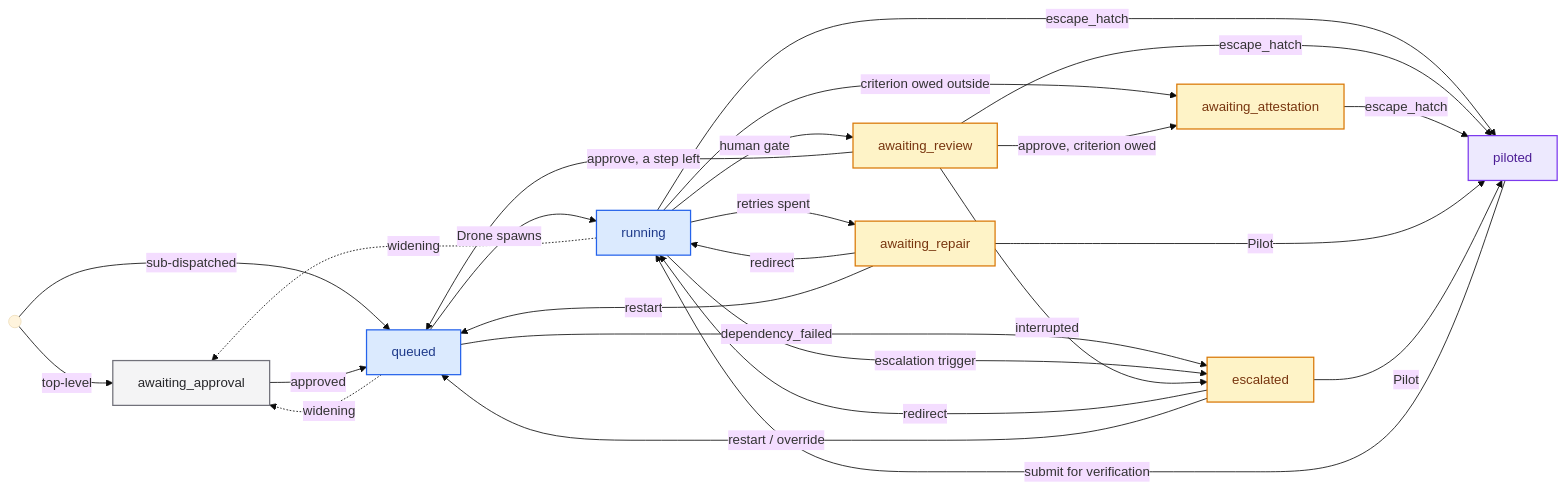
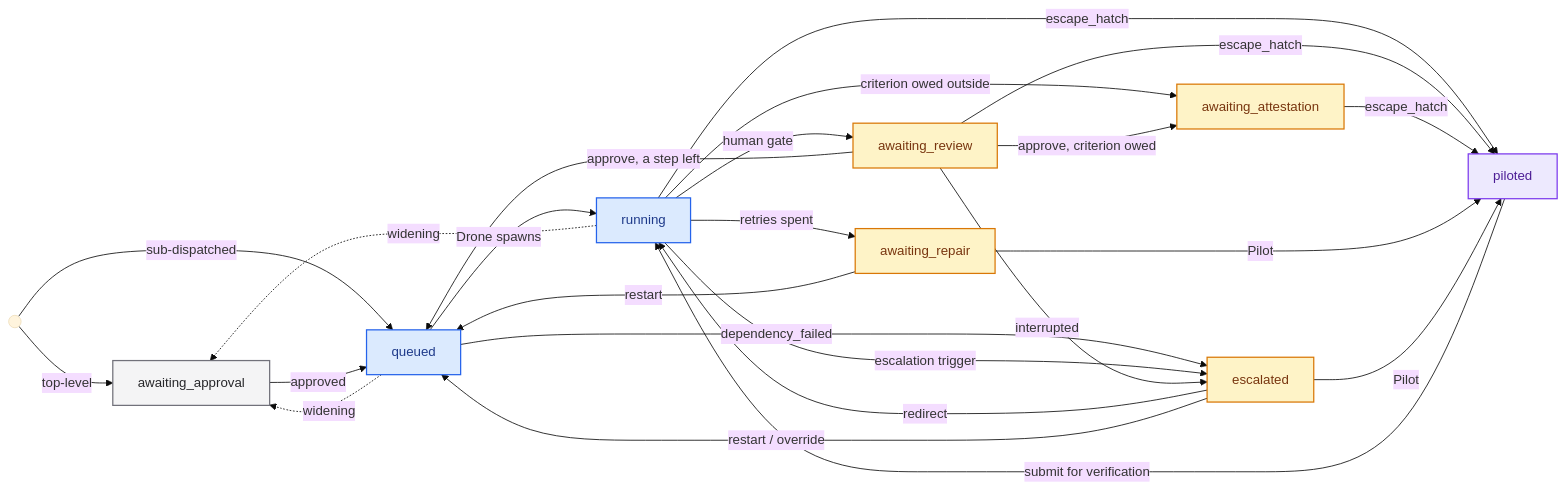
Before and after one commit to NickMele/armada: the second of 3 diagrams in docs/concepts/job.md, drawn with Mermaid (base theme). The commit also changed other lines of this file and 16 other files, not shown here.

````diff
--- a/docs/concepts/job.md
+++ b/docs/concepts/job.md
@@ -91,44 +91,43 @@
 ```mermaid
 flowchart LR
   classDef gate fill:#f4f4f5,stroke:#71717a,stroke-width:1.5px,color:#27272a
   classDef drone fill:#dbeafe,stroke:#2563eb,stroke-width:1.5px,color:#1e3a8a
   classDef waited fill:#fef3c7,stroke:#d97706,stroke-width:1.5px,color:#78350f
   classDef worked fill:#ede9fe,stroke:#7c3aed,stroke-width:1.5px,color:#4c1d95
 
   START(( )) -->|top-level| AA
   START -->|sub-dispatched| Q
 
   AA["awaiting_approval"] -->|approved| Q["queued"]
   Q -->|Drone spawns| R["running"]
 
   R -->|human gate| AR["awaiting_review"]
   AR -->|"approve, a step left"| Q
 
   R -->|criterion owed outside| AT["awaiting_attestation"]
   AR -->|"approve, criterion owed"| AT
 
   R -->|retries spent| REP["awaiting_repair"]
-  REP -->|redirect| R
   REP -->|restart| Q
 
   Q -->|dependency_failed| ESC["escalated"]
   R -->|escalation trigger| ESC
   AR -->|interrupted| ESC
   ESC -->|redirect| R
   ESC -->|"restart / override"| Q
 
   R -->|escape_hatch| P["piloted"]
   AR -->|escape_hatch| P
   AT -->|escape_hatch| P
   REP -->|Pilot| P
   ESC -->|Pilot| P
   P -->|submit for verification| R
 
   Q -.->|widening| AA
   R -.->|widening| AA
 
   class AA gate
   class Q,R drone
   class AR,REP,ESC,AT waited
   class P worked
 ```
````
